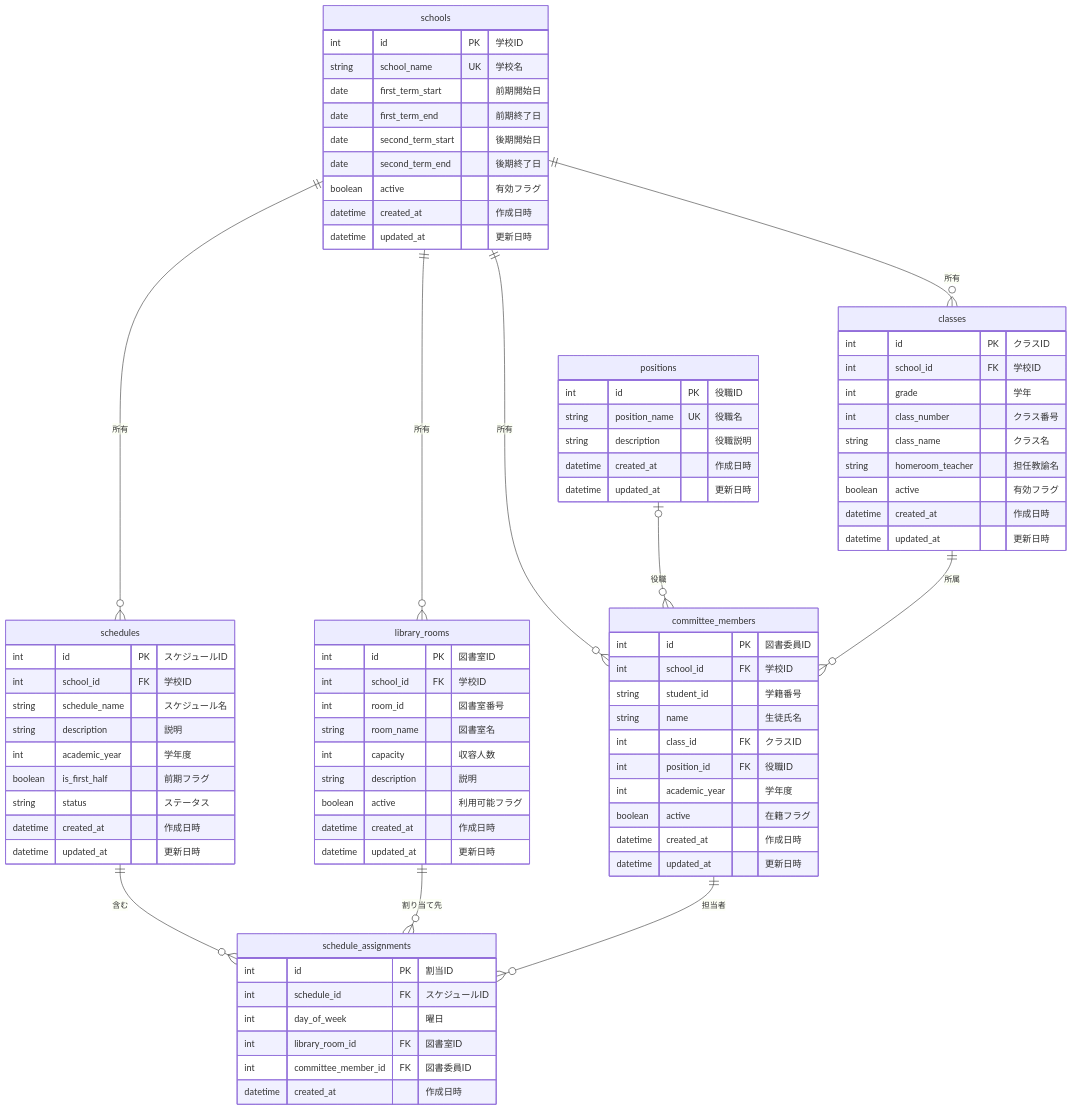
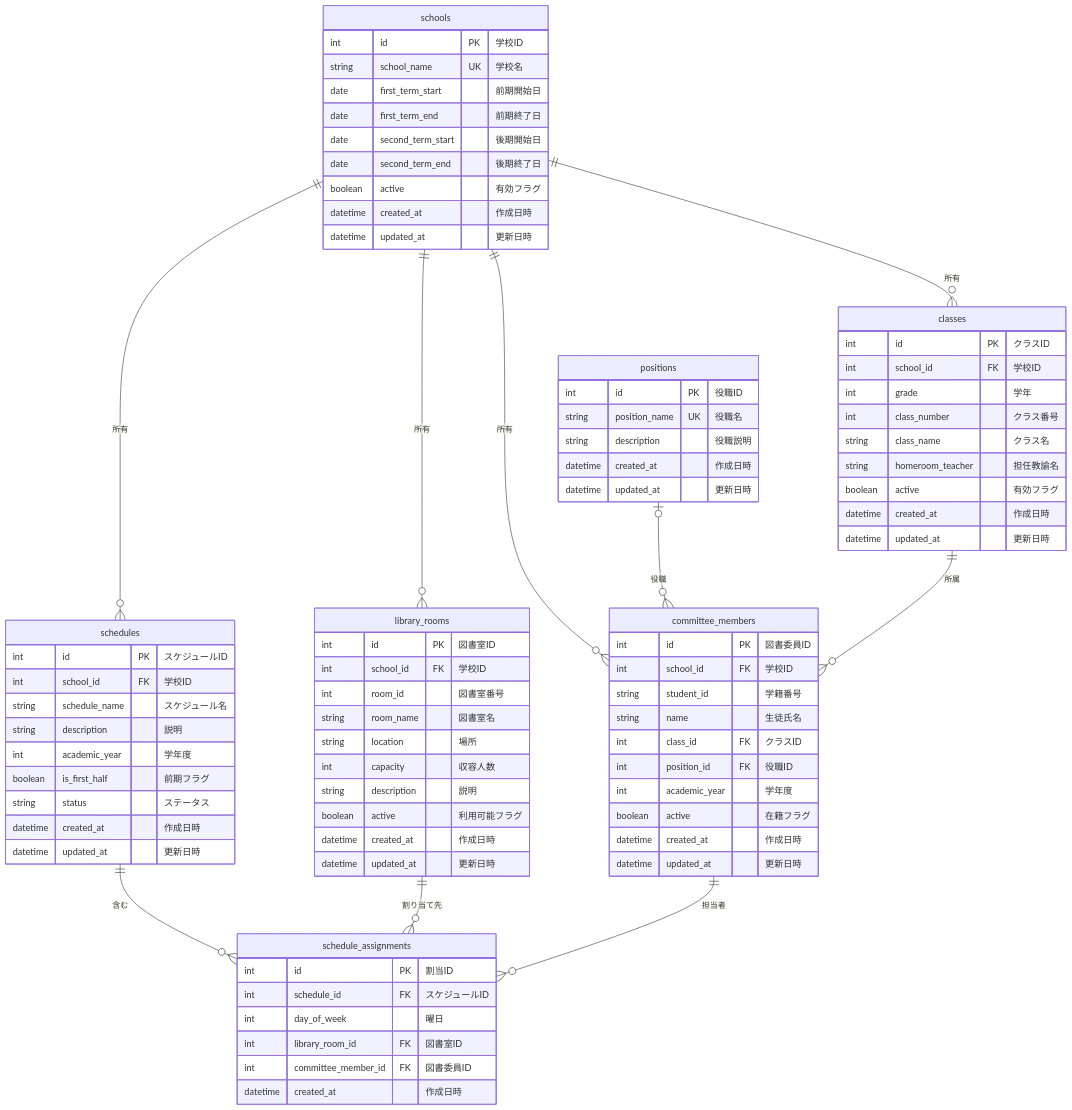
Before and after one commit to ysogabe/tosho-in-wariate-kun: the diagram in docs/database_design.md, drawn with Mermaid. The commit also changed other lines of this file and 22 other files, not shown here.

```diff
--- a/docs/database_design.md
+++ b/docs/database_design.md
@@ -245,6 +246,7 @@
         int school_id FK "学校ID"
         int room_id "図書室番号"
         string room_name "図書室名"
+        string location "場所"
         int capacity "収容人数"
         string description "説明"
         boolean active "利用可能フラグ"
```
